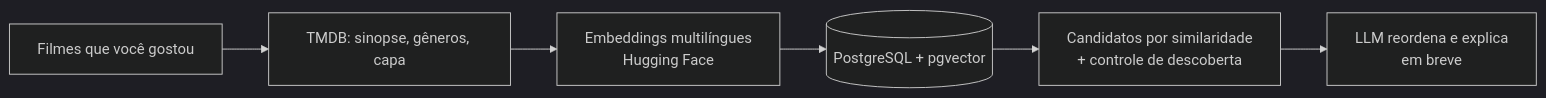
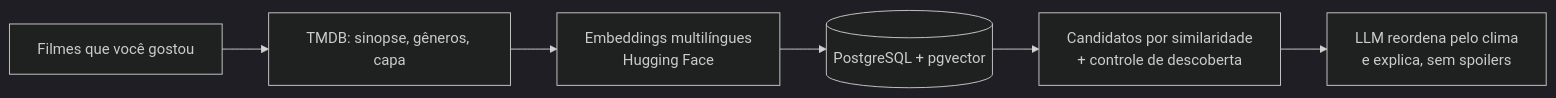
The diagram in README.md (Luan-Robert/cinesense), drawn with Mermaid (dark theme) before and after one commit. The commit also changed other lines of this file and 8 other files, not shown here.

First line of the commit message:
V1.5: LLM reordena pelo clima e explica cada recomendação

````diff
--- a/README.md
+++ b/README.md
@@ -16,8 +16,8 @@
 ```mermaid
 flowchart LR
     A[Filmes que você gostou] --> B[TMDB: sinopse, gêneros, capa]
     B --> C[Embeddings multilíngues<br/>Hugging Face]
     C --> D[(PostgreSQL + pgvector)]
     D --> E[Candidatos por similaridade<br/>+ controle de descoberta]
-    E --> F[LLM reordena e explica<br/>em breve]
+    E --> F[LLM reordena pelo clima<br/>e explica, sem spoilers]
 ```
````
